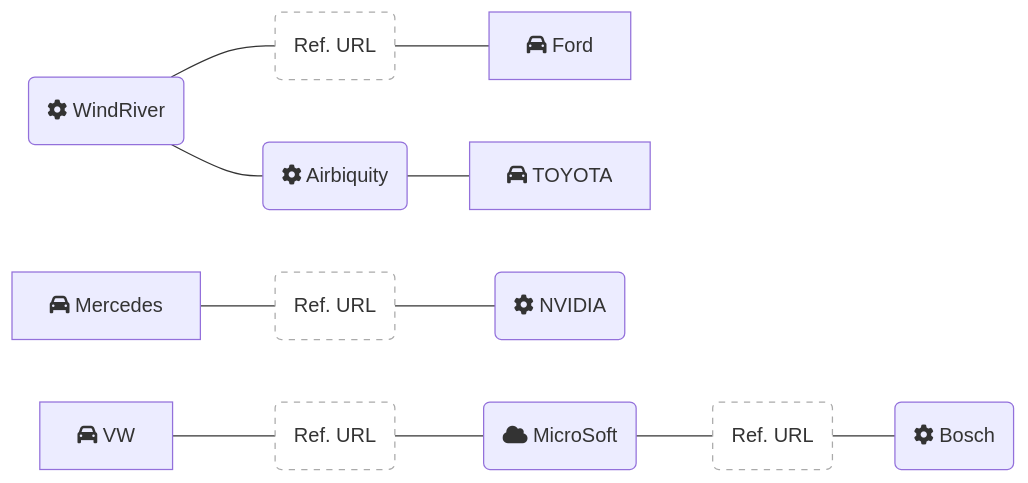
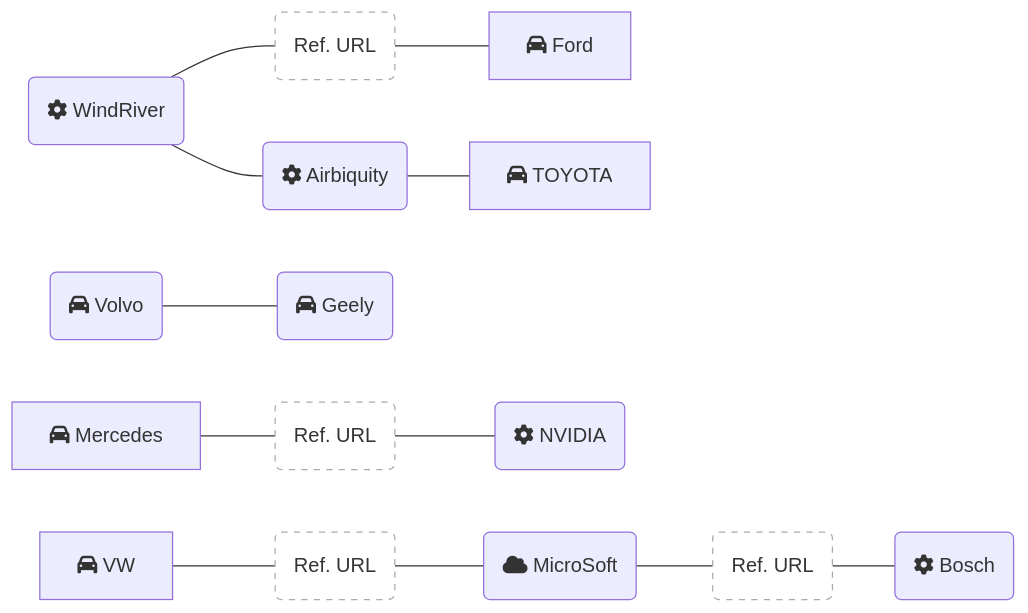
Before and after one commit to fumihachi94/fumihachi94.github.io: the diagram in docs/_posts/BMC/2021-04-08-ota-relationship.md, drawn with Mermaid. The commit also changed other lines of this file and 1 other file, not shown here.

Commit message:
update bmc articles

````diff
--- a/docs/_posts/BMC/2021-04-08-ota-relationship.md
+++ b/docs/_posts/BMC/2021-04-08-ota-relationship.md
@@ -3,29 +3,31 @@
 ```mermaid
 graph LR
     VW[fa:fa-car VW]
     FD[fa:fa-car Ford]
     TT[fa:fa-car TOYOTA]
     MB[fa:fa-car Mercedes]
     BS(fa:fa-cog Bosch) 
     WR(fa:fa-cog WindRiver)
     AQ(fa:fa-cog Airbiquity)
     NV(fa:fa-cog NVIDIA)
     MS(fa:fa-cloud MicroSoft)
-    
+    VL(fa:fa-car Volvo)
+    GL(fa:fa-car Geely)
 
     VW --- L1(Ref. URL) --- MS
     MS --- L2(Ref. URL) --- BS
     MB --- L3(Ref. URL) --- NV
     WR --- L4(Ref. URL) --- FD
     WR --- AQ
     AQ --- TT
+    VL --- GL
     
     click L1 "https://jidounten-lab.com/w_continental-ota-vw" "VW-MS"
     click L2 "https://jidounten-lab.com/u_bosch-microsoft-ota-opensource" "MS-Bosch"
     click L3 "https://monoist.atmarkit.co.jp/mn/articles/2006/24/news056.html" "Mercedes-Nvidia"
     click L4 "https://www.windriver.com/news/press/news-21606" "Ford-WindRiver"
     style L1 fill:#fff, stroke:#aaa, stroke-dasharray: 5
     style L2 fill:#fff, stroke:#aaa, stroke-dasharray: 5
     style L3 fill:#fff, stroke:#aaa, stroke-dasharray: 5
     style L4 fill:#fff, stroke:#aaa, stroke-dasharray: 5
 ```
````
